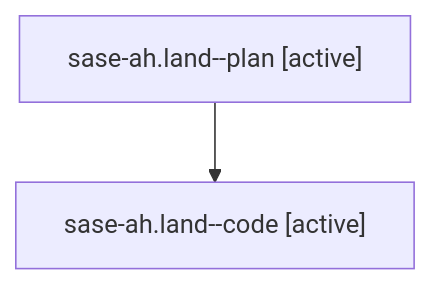
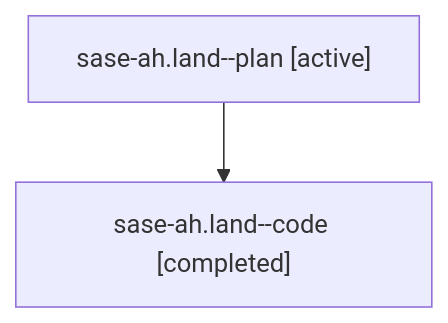
Before and after one commit to sase-org/sase--agents: the diagram in families/bbugyi200.athena.sase-ah.land.md, drawn with Mermaid. The commit also changed other lines of this file and 5813 other files, not shown here.

````diff
--- a/families/bbugyi200.athena.sase-ah.land.md
+++ b/families/bbugyi200.athena.sase-ah.land.md
@@ -9,6 +9,6 @@
 ```mermaid
 flowchart TD
   n0["sase-ah.land--plan [active]"]
-  n1["sase-ah.land--code [active]"]
+  n1["sase-ah.land--code [completed]"]
   n0 --> n1
 ```
````
